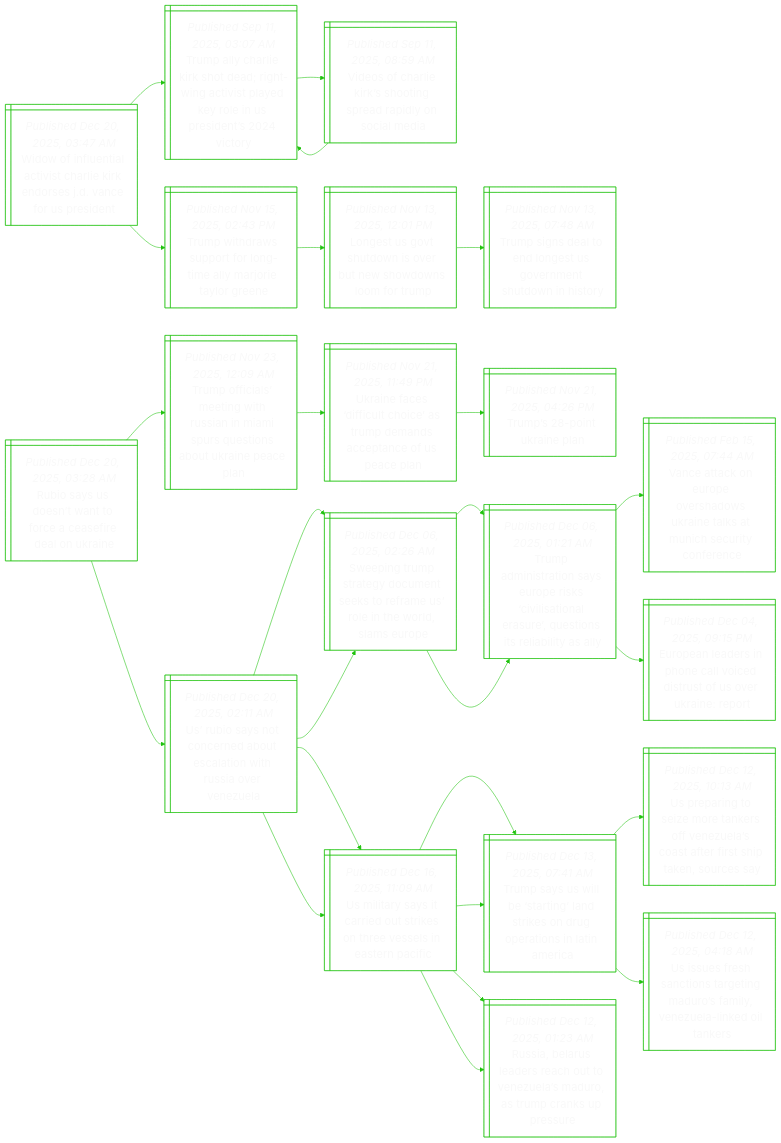
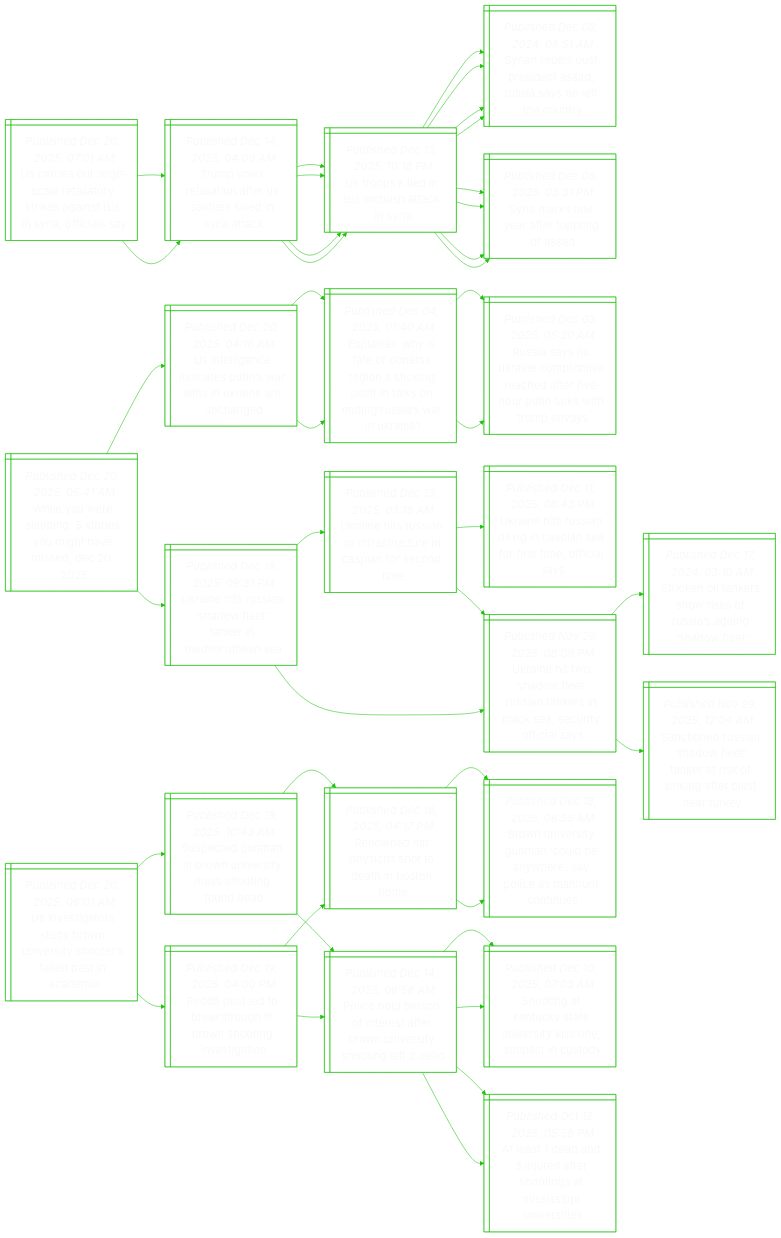
Before and after one commit to notJmes/notJmes: the diagram in README.md, drawn with Mermaid. The commit also changed other lines of this file, not shown here.

````diff
--- a/README.md
+++ b/README.md
@@ -16,88 +16,130 @@
 flowchart LR
 classDef txtsize font-size:20px;
 
-WolittlroJcUst@{ shape: win-pane, label: "_Published Dec 20, 2025, 03:47 AM_
-Widow of influential activist charlie kirk endorses j.d. vance for us president" }
-TahesegnipdoUstt@{ shape: win-pane, label: "_Published Sep 11, 2025, 03:07 AM_
-Trump ally charlie kirk shot dead; right-wing activist played key role in us president’s 2024 victory" }
-VsaKsirayce@{ shape: win-pane, label: "_Published Sep 11, 2025, 08:59 AM_
-Videos of charlie kirk’s shooting spread rapidly on social media" }
-TahesegnipdoUstt@{ shape: win-pane, label: "_Published Sep 11, 2025, 03:07 AM_
-Trump ally charlie kirk shot dead; right-wing activist played key role in us president’s 2024 victory" }
-TwrutomyoaGe@{ shape: win-pane, label: "_Published Nov 15, 2025, 02:43 PM_
-Trump withdraws support for long-time ally marjorie taylor greene" }
-Lsounenonmr@{ shape: win-pane, label: "_Published Nov 13, 2025, 12:01 PM_
-Longest us govt shutdown is over but new showdowns loom for trump" }
-Tsdootveuns@{ shape: win-pane, label: "_Published Nov 13, 2025, 07:48 AM_
-Trump signs deal to end longest us government shutdown in history" }
+UruglaorasSrfl@{ shape: win-pane, label: "_Published Dec 20, 2025, 07:01 AM_
+Us carries out large-scale retaliatory strikes against isis in syria, officials say" }
+TveaaUdkdrt@{ shape: win-pane, label: "_Published Dec 14, 2025, 04:09 AM_
+Trump vows retaliation after us soldiers killed in syria attack" }
+Uolnahcy@{ shape: win-pane, label: "_Published Dec 13, 2025, 10:18 PM_
+Us troops killed in isis ambush attack in syria" }
+SnltiARahtoy@{ shape: win-pane, label: "_Published Dec 08, 2024, 08:51 AM_
+Syrian rebels oust president assad; russia says he left the country" }
+Smoaepoa@{ shape: win-pane, label: "_Published Dec 08, 2025, 03:31 PM_
+Syria marks one year after toppling of assad" }
+Uolnahcy@{ shape: win-pane, label: "_Published Dec 13, 2025, 10:18 PM_
+Us troops killed in isis ambush attack in syria" }
+SnltiARahtoy@{ shape: win-pane, label: "_Published Dec 08, 2024, 08:51 AM_
+Syrian rebels oust president assad; russia says he left the country" }
+Smoaepoa@{ shape: win-pane, label: "_Published Dec 08, 2025, 03:31 PM_
+Syria marks one year after toppling of assad" }
+TveaaUdkdrt@{ shape: win-pane, label: "_Published Dec 14, 2025, 04:09 AM_
+Trump vows retaliation after us soldiers killed in syria attack" }
+Uolnahcy@{ shape: win-pane, label: "_Published Dec 13, 2025, 10:18 PM_
+Us troops killed in isis ambush attack in syria" }
+SnltiARahtoy@{ shape: win-pane, label: "_Published Dec 08, 2024, 08:51 AM_
+Syrian rebels oust president assad; russia says he left the country" }
+Smoaepoa@{ shape: win-pane, label: "_Published Dec 08, 2025, 03:31 PM_
+Syria marks one year after toppling of assad" }
+Uolnahcy@{ shape: win-pane, label: "_Published Dec 13, 2025, 10:18 PM_
+Us troops killed in isis ambush attack in syria" }
+SnltiARahtoy@{ shape: win-pane, label: "_Published Dec 08, 2024, 08:51 AM_
+Syrian rebels oust president assad; russia says he left the country" }
+Smoaepoa@{ shape: win-pane, label: "_Published Dec 08, 2025, 03:31 PM_
+Syria marks one year after toppling of assad" }
 
-WolittlroJcUst:::txtsize --> TahesegnipdoUstt:::txtsize
-TahesegnipdoUstt:::txtsize --> VsaKsirayce:::txtsize
-VsaKsirayce:::txtsize --> TahesegnipdoUstt:::txtsize
-WolittlroJcUst:::txtsize --> TwrutomyoaGe:::txtsize
-TwrutomyoaGe:::txtsize --> Lsounenonmr:::txtsize
-Lsounenonmr:::txtsize --> Tsdootveuns:::txtsize
+UruglaorasSrfl:::txtsize --> TveaaUdkdrt:::txtsize
+TveaaUdkdrt:::txtsize --> Uolnahcy:::txtsize
+Uolnahcy:::txtsize --> SnltiARahtoy:::txtsize
+Uolnahcy:::txtsize --> Smoaepoa:::txtsize
+TveaaUdkdrt:::txtsize --> Uolnahcy:::txtsize
+Uolnahcy:::txtsize --> SnltiARahtoy:::txtsize
+Uolnahcy:::txtsize --> Smoaepoa:::txtsize
+UruglaorasSrfl:::txtsize --> TveaaUdkdrt:::txtsize
+TveaaUdkdrt:::txtsize --> Uolnahcy:::txtsize
+Uolnahcy:::txtsize --> SnltiARahtoy:::txtsize
+Uolnahcy:::txtsize --> Smoaepoa:::txtsize
+TveaaUdkdrt:::txtsize --> Uolnahcy:::txtsize
+Uolnahcy:::txtsize --> SnltiARahtoy:::txtsize
+Uolnahcy:::txtsize --> Smoaepoa:::txtsize
 
-RsSntreiake@{ shape: win-pane, label: "_Published Dec 20, 2025, 03:28 AM_
-Rubio says us doesn’t want to force a ceasefire deal on ukraine" }
-ToiegRaipuoorpp@{ shape: win-pane, label: "_Published Nov 23, 2025, 12:09 AM_
-Trump officials’ meeting with russian in miami spurs questions about ukraine peace plan" }
-Uneftcrespepp@{ shape: win-pane, label: "_Published Nov 21, 2025, 11:49 PM_
-Ukraine faces ‘difficult choice’ as trump demands acceptance of us peace plan" }
-Tstia@{ shape: win-pane, label: "_Published Nov 21, 2025, 04:26 PM_
-Trump’s 28-point ukraine plan" }
-Uisonocitseea@{ shape: win-pane, label: "_Published Dec 20, 2025, 02:11 AM_
-Us’ rubio says not concerned about escalation with russia over venezuela" }
-Siurymeoarnolu@{ shape: win-pane, label: "_Published Dec 06, 2025, 02:26 AM_
-Sweeping trump strategy document seeks to reframe us’ role in the world, slams europe" }
-Taitariisnaqitiia@{ shape: win-pane, label: "_Published Dec 06, 2025, 01:21 AM_
-Trump administration says europe risks ‘civilisational erasure’, questions its reliability as ally" }
-Uistitktvlanf@{ shape: win-pane, label: "_Published Dec 16, 2025, 11:09 AM_
-Us military says it carried out strikes on three vessels in eastern pacific" }
-TsSbrltsurnama@{ shape: win-pane, label: "_Published Dec 13, 2025, 07:41 AM_
-Trump says us will be ‘starting’ land strikes on drug operations in latin america" }
-RararoVuMouaps@{ shape: win-pane, label: "_Published Dec 12, 2025, 01:23 AM_
-Russia, belarus leaders reach out to venezuela’s maduro, as trump cranks up pressure" }
+WYresemhiD@{ shape: win-pane, label: "_Published Dec 20, 2025, 06:41 AM_
+While you were sleeping: 5 stories you might have missed, dec 20, 2025" }
+Ueenttasrace@{ shape: win-pane, label: "_Published Dec 20, 2025, 04:16 AM_
+Us intelligence indicates putin’s war aims in ukraine are unchanged" }
+EihaDsitnnannsake@{ shape: win-pane, label: "_Published Dec 04, 2025, 01:40 AM_
+Explainer: why is fate of donetsk region a sticking point in talks on ending russia’s war in ukraine?" }
+Ranaomedrhuaiuv@{ shape: win-pane, label: "_Published Dec 03, 2025, 05:20 AM_
+Russia says no ukraine compromise reached after five-hour putin talks with trump envoys" }
+EihaDsitnnannsake@{ shape: win-pane, label: "_Published Dec 04, 2025, 01:40 AM_
+Explainer: why is fate of donetsk region a sticking point in talks on ending russia’s war in ukraine?" }
+Ranaomedrhuaiuv@{ shape: win-pane, label: "_Published Dec 03, 2025, 05:20 AM_
+Russia says no ukraine compromise reached after five-hour putin talks with trump envoys" }
+UnsialaiiaS@{ shape: win-pane, label: "_Published Dec 19, 2025, 09:31 PM_
+Ukraine hits russian ‘shadow fleet’ tanker in mediterranean sea" }
+Unsilacipoom@{ shape: win-pane, label: "_Published Dec 13, 2025, 03:18 AM_
+Ukraine hits russian oil infrastructure in caspian for second time" }
+Unsilniaiifl@{ shape: win-pane, label: "_Published Dec 11, 2025, 08:43 PM_
+Ukraine hits russian oil rig in caspian sea for first time, official says" }
+UntaluneBScyca@{ shape: win-pane, label: "_Published Nov 29, 2025, 08:09 PM_
+Ukraine hit two ‘shadow fleet’ russian tankers in black sea, security official says" }
+UntaluneBScyca@{ shape: win-pane, label: "_Published Nov 29, 2025, 08:09 PM_
+Ukraine hit two ‘shadow fleet’ russian tankers in black sea, security official says" }
+Skleokusnde@{ shape: win-pane, label: "_Published Dec 17, 2024, 03:10 AM_
+Stricken oil tankers show risks of russia’s ageing ‘shadow fleet’" }
+SiRadentokfler@{ shape: win-pane, label: "_Published Nov 29, 2025, 12:04 AM_
+Sanctioned russian ‘shadow fleet’ tanker at risk of sinking after blast near turkey" }
 
-RsSntreiake:::txtsize --> ToiegRaipuoorpp:::txtsize
-ToiegRaipuoorpp:::txtsize --> Uneftcrespepp:::txtsize
-Uneftcrespepp:::txtsize --> Tstia:::txtsize
-RsSntreiake:::txtsize --> Uisonocitseea:::txtsize
-Uisonocitseea:::txtsize --> Siurymeoarnolu:::txtsize
-Siurymeoarnolu:::txtsize --> Taitariisnaqitiia:::txtsize
-Uisonocitseea:::txtsize --> Uistitktvlanf:::txtsize
-Uistitktvlanf:::txtsize --> TsSbrltsurnama:::txtsize
-Uistitktvlanf:::txtsize --> RararoVuMouaps:::txtsize
+WYresemhiD:::txtsize --> Ueenttasrace:::txtsize
+Ueenttasrace:::txtsize --> EihaDsitnnannsake:::txtsize
+EihaDsitnnannsake:::txtsize --> Ranaomedrhuaiuv:::txtsize
+Ueenttasrace:::txtsize --> EihaDsitnnannsake:::txtsize
+EihaDsitnnannsake:::txtsize --> Ranaomedrhuaiuv:::txtsize
+WYresemhiD:::txtsize --> UnsialaiiaS:::txtsize
+UnsialaiiaS:::txtsize --> Unsilacipoom:::txtsize
+Unsilacipoom:::txtsize --> Unsilniaiifl:::txtsize
+Unsilacipoom:::txtsize --> UntaluneBScyca:::txtsize
+UnsialaiiaS:::txtsize --> UntaluneBScyca:::txtsize
+UntaluneBScyca:::txtsize --> Skleokusnde:::txtsize
+UntaluneBScyca:::txtsize --> SiRadentokfler:::txtsize
 
-Uisonocitseea@{ shape: win-pane, label: "_Published Dec 20, 2025, 02:11 AM_
-Us’ rubio says not concerned about escalation with russia over venezuela" }
-Siurymeoarnolu@{ shape: win-pane, label: "_Published Dec 06, 2025, 02:26 AM_
-Sweeping trump strategy document seeks to reframe us’ role in the world, slams europe" }
-Taitariisnaqitiia@{ shape: win-pane, label: "_Published Dec 06, 2025, 01:21 AM_
-Trump administration says europe risks ‘civilisational erasure’, questions its reliability as ally" }
-VakrvaUnkusinn@{ shape: win-pane, label: "_Published Feb 15, 2025, 07:44 AM_
-Vance attack on europe overshadows ukraine talks at munich security conference" }
-EeainletovrRt@{ shape: win-pane, label: "_Published Dec 04, 2025, 09:15 PM_
-European leaders in phone call voiced distrust of us over ukraine: report" }
-Uistitktvlanf@{ shape: win-pane, label: "_Published Dec 16, 2025, 11:09 AM_
-Us military says it carried out strikes on three vessels in eastern pacific" }
-TsSbrltsurnama@{ shape: win-pane, label: "_Published Dec 13, 2025, 07:41 AM_
-Trump says us will be ‘starting’ land strikes on drug operations in latin america" }
-Upgirkfeasespncy@{ shape: win-pane, label: "_Published Dec 12, 2025, 10:13 AM_
-Us preparing to seize more tankers off venezuela’s coast after first ship taken, sources say" }
-Uuennggrmeenik@{ shape: win-pane, label: "_Published Dec 12, 2025, 04:18 AM_
-Us issues fresh sanctions targeting maduro’s family, venezuela-linked oil tankers" }
-RararoVuMouaps@{ shape: win-pane, label: "_Published Dec 12, 2025, 01:23 AM_
-Russia, belarus leaders reach out to venezuela’s maduro, as trump cranks up pressure" }
+UeasBUrseiaam@{ shape: win-pane, label: "_Published Dec 20, 2025, 06:01 AM_
+Us investigators study brown university shooter’s failed past in academia" }
+Scuiwvtstoe@{ shape: win-pane, label: "_Published Dec 19, 2025, 10:43 AM_
+Suspected gunman in brown university mass shooting found dead" }
+RnTisohso@{ shape: win-pane, label: "_Published Dec 18, 2025, 04:17 PM_
+Renowned mit physicist shot to death in boston home" }
+BUrgndyeoahou@{ shape: win-pane, label: "_Published Dec 18, 2025, 06:55 AM_
+Brown university gunman ‘could be anywhere’, say police as manhunt continues" }
+Pepnttrneytea@{ shape: win-pane, label: "_Published Dec 14, 2025, 06:58 AM_
+Police hold person of interest after brown university shooting left 2 dead" }
+SiKcaiileecd@{ shape: win-pane, label: "_Published Dec 10, 2025, 07:03 AM_
+Shooting at kentucky state university kills one, suspect in custody" }
+Asdndrtaspii@{ shape: win-pane, label: "_Published Oct 12, 2025, 05:58 PM_
+At least 1 dead and 3 injured after shootings at mississippi universities" }
+Rtlbtgrhnea@{ shape: win-pane, label: "_Published Dec 19, 2025, 04:00 PM_
+Reddit post led to breakthrough in brown shooting investigation" }
+Pepnttrneytea@{ shape: win-pane, label: "_Published Dec 14, 2025, 06:58 AM_
+Police hold person of interest after brown university shooting left 2 dead" }
+SiKcaiileecd@{ shape: win-pane, label: "_Published Dec 10, 2025, 07:03 AM_
+Shooting at kentucky state university kills one, suspect in custody" }
+Asdndrtaspii@{ shape: win-pane, label: "_Published Oct 12, 2025, 05:58 PM_
+At least 1 dead and 3 injured after shootings at mississippi universities" }
+RnTisohso@{ shape: win-pane, label: "_Published Dec 18, 2025, 04:17 PM_
+Renowned mit physicist shot to death in boston home" }
+BUrgndyeoahou@{ shape: win-pane, label: "_Published Dec 18, 2025, 06:55 AM_
+Brown university gunman ‘could be anywhere’, say police as manhunt continues" }
 
-Uisonocitseea:::txtsize --> Siurymeoarnolu:::txtsize
-Siurymeoarnolu:::txtsize --> Taitariisnaqitiia:::txtsize
-Taitariisnaqitiia:::txtsize --> VakrvaUnkusinn:::txtsize
-Taitariisnaqitiia:::txtsize --> EeainletovrRt:::txtsize
-Uisonocitseea:::txtsize --> Uistitktvlanf:::txtsize
-Uistitktvlanf:::txtsize --> TsSbrltsurnama:::txtsize
-TsSbrltsurnama:::txtsize --> Upgirkfeasespncy:::txtsize
-TsSbrltsurnama:::txtsize --> Uuennggrmeenik:::txtsize
-Uistitktvlanf:::txtsize --> RararoVuMouaps:::txtsize
+UeasBUrseiaam:::txtsize --> Scuiwvtstoe:::txtsize
+Scuiwvtstoe:::txtsize --> RnTisohso:::txtsize
+RnTisohso:::txtsize --> BUrgndyeoahou:::txtsize
+Scuiwvtstoe:::txtsize --> Pepnttrneytea:::txtsize
+Pepnttrneytea:::txtsize --> SiKcaiileecd:::txtsize
+Pepnttrneytea:::txtsize --> Asdndrtaspii:::txtsize
+UeasBUrseiaam:::txtsize --> Rtlbtgrhnea:::txtsize
+Rtlbtgrhnea:::txtsize --> Pepnttrneytea:::txtsize
+Pepnttrneytea:::txtsize --> SiKcaiileecd:::txtsize
+Pepnttrneytea:::txtsize --> Asdndrtaspii:::txtsize
+Rtlbtgrhnea:::txtsize --> RnTisohso:::txtsize
+RnTisohso:::txtsize --> BUrgndyeoahou:::txtsize
 
 ```
````
